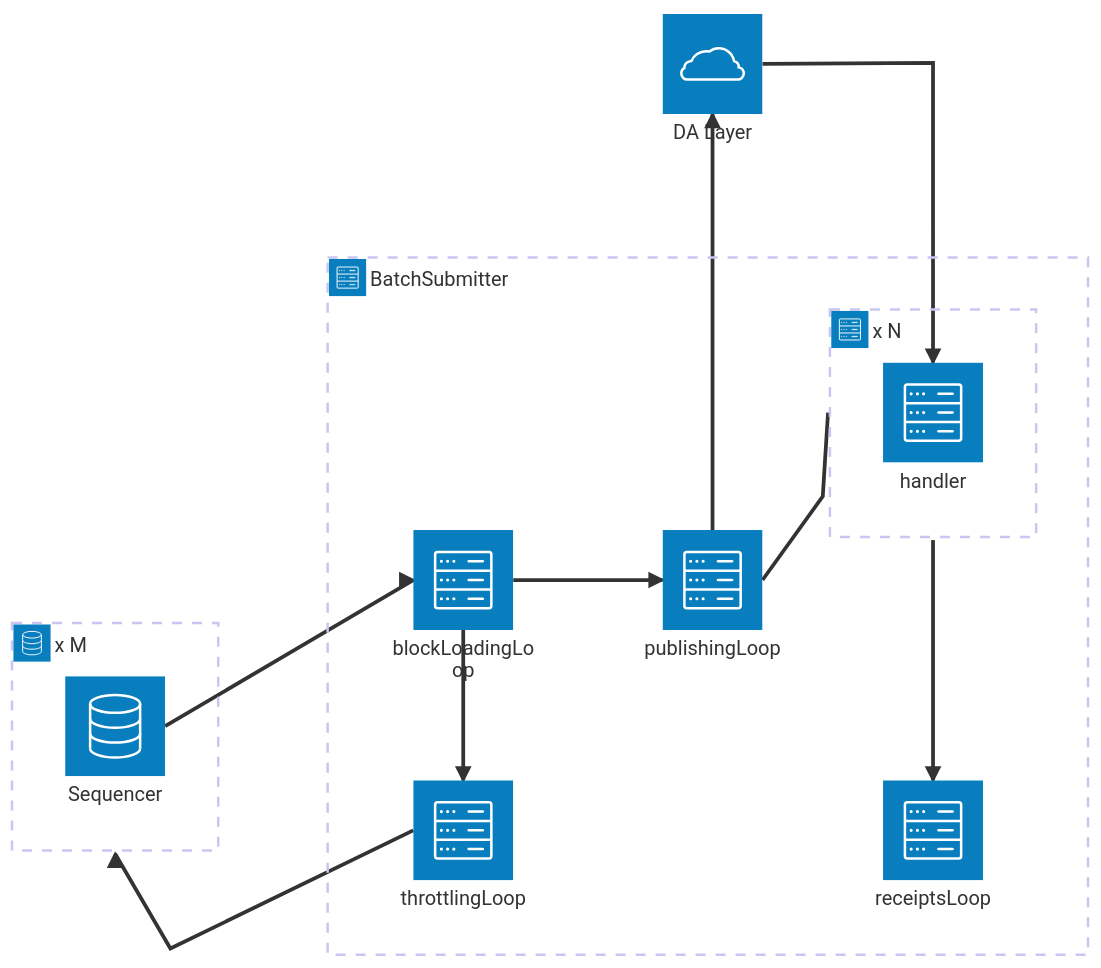
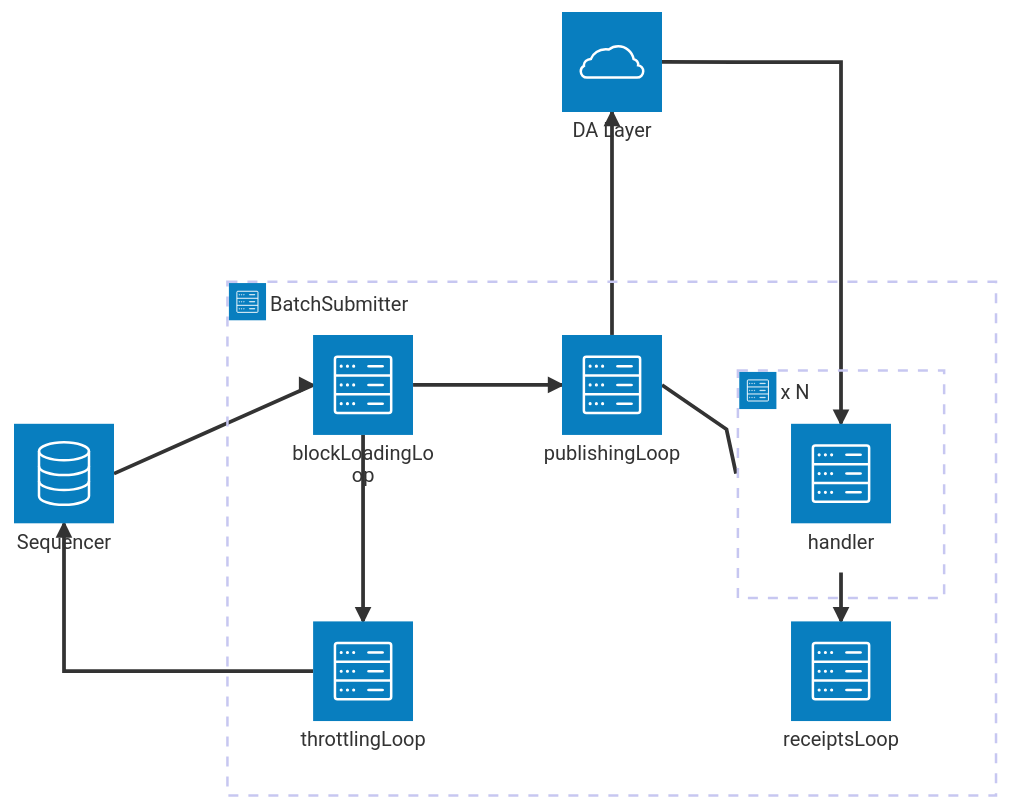
Before and after one commit to gattaca-com/based-optimism: the diagram in op-batcher/readme.md, drawn with Mermaid. The commit also changed other lines of this file and 2478 other files, not shown here.

````diff
--- a/op-batcher/readme.md
+++ b/op-batcher/readme.md
@@ -68,27 +68,26 @@
 ```mermaid
 architecture-beta
 
-    group seqs(database)[x M]
-    service seq(database)[Sequencer] in seqs
+    service seq(database)[Sequencer]
     service dalayer(cloud)[DA Layer]
 
     group bs(server)[BatchSubmitter]
     service blockLoadingLoop(server)[blockLoadingLoop] in bs
     service publishingLoop(server)[publishingLoop] in bs
     service receiptsLoop(server)[receiptsLoop] in bs
     service throttlingLoop(server)[throttlingLoop] in bs
 
     group h(server)[x N] in bs
     service handler(server)[handler] in h
 
     blockLoadingLoop:R --> L:publishingLoop
     blockLoadingLoop:B --> T:throttlingLoop
     publishingLoop:R -- L:handler{group}
     handler{group}:B --> T:receiptsLoop
 
     seq:R -->L:blockLoadingLoop
-    seq{group}:B <--L:throttlingLoop
+    seq:B <--L:throttlingLoop
 
     publishingLoop:T --> B:dalayer
     handler:T <--R:dalayer
 ```
````
